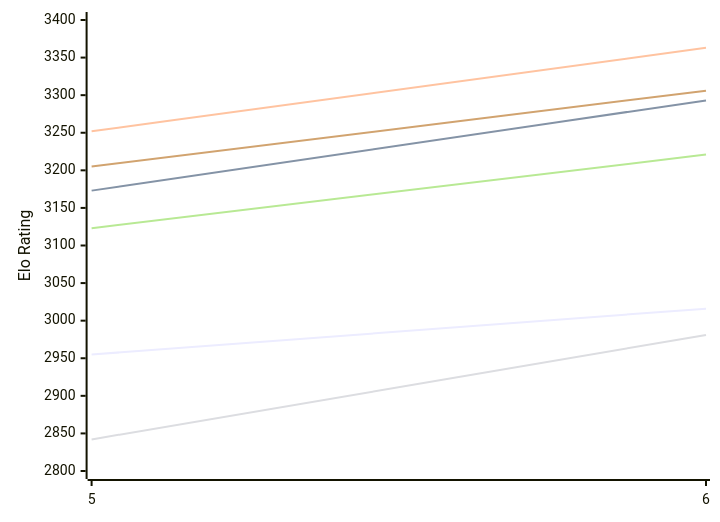
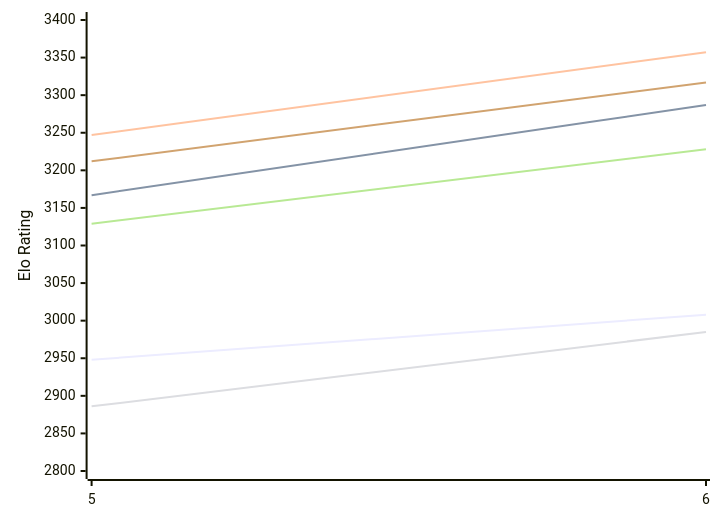
Before and after one commit to computer-chess-index/cci: the first of 2 diagrams in engines/Cwtch.md, drawn with Mermaid. The commit also changed other lines of this file, not shown here.

Commit message:
Update CCI Ratings (ELO VLTC) - 2026-11-18

````diff
--- a/engines/Cwtch.md
+++ b/engines/Cwtch.md
@@ -51,12 +51,12 @@
 ```mermaid
 %%{init: {"theme":"base","themeVariables":{"seriesColors:['#a3a3a3','#222221','#faa371']}}}%%
 xychart-beta
   x-axis ["5", "6"]
   y-axis "Elo Rating" 2800 --> 3400
-  line "E1: STC (8.0+0.08s)" [2955, 3016]
-  line "E1: LTC (60.0+0.60s)" [3173, 3293]
-  line "E1: VLTC (2m24s+1.12s)" [3252, 3363]
-  line "P1: STC (8.0+0.08s)" [2842, 2981]
-  line "P1: LTC (60.0+0.60s)" [3123, 3221]
-  line "P1: VLTC (2m24s+1.12s)" [3205, 3306]
+  line "E1: STC (8.0+0.08s)" [2948, 3008]
+  line "E1: LTC (60.0+0.60s)" [3167, 3287]
+  line "E1: VLTC (2m24s+1.12s)" [3247, 3357]
+  line "P1: STC (8.0+0.08s)" [2886, 2985]
+  line "P1: LTC (60.0+0.60s)" [3129, 3228]
+  line "P1: VLTC (2m24s+1.12s)" [3212, 3317]
 ```
````
